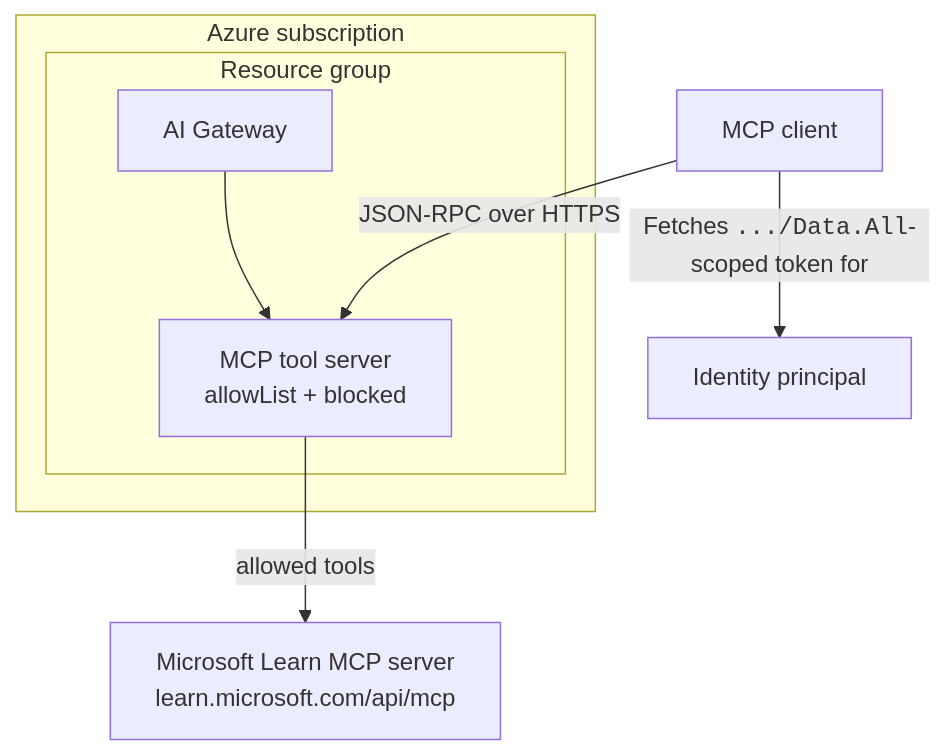
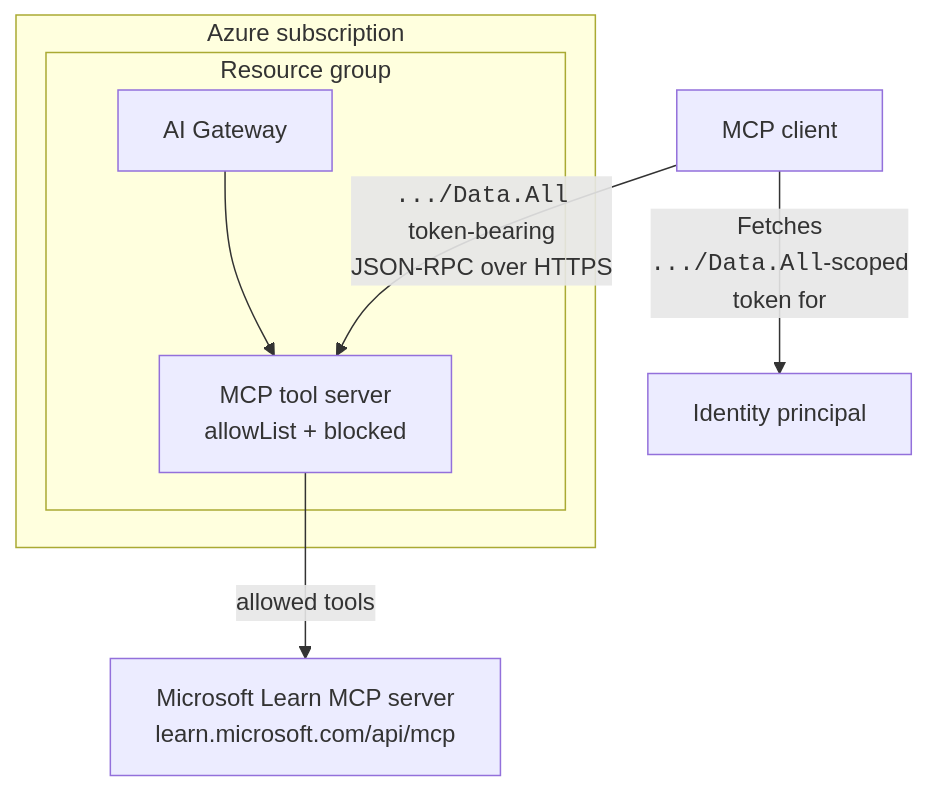
Before and after one commit to kkgthb/az-apim-mcp-gateway-01: the diagram in README.md, drawn with Mermaid.

Commit message:
Graph tidy

````diff
--- a/README.md
+++ b/README.md
@@ -20,16 +20,16 @@
 ```mermaid
 flowchart TD
    client["MCP client"]
    principal["Identity principal"]
    subgraph azure["Azure subscription"]
       subgraph rg["Resource group"]
          gateway["AI Gateway"]
          server["MCP tool server<br/>allowList + blocked"]
          gateway --> server
       end
    end
    learn["Microsoft Learn MCP server<br/>learn.microsoft.com/api/mcp"]
-   client -->|"Fetches <code>.../Data.All</code>-scoped token for"| principal
-   client -->|"JSON-RPC over HTTPS"| server
+   client -->|"Fetches <br/><code>.../Data.All</code>-scoped<br/> token for"| principal
+   client -->|"<code>.../Data.All</code> <br/>token-bearing <br/>JSON-RPC over HTTPS"| server
    server -->|"allowed tools"| learn
 ```
````
